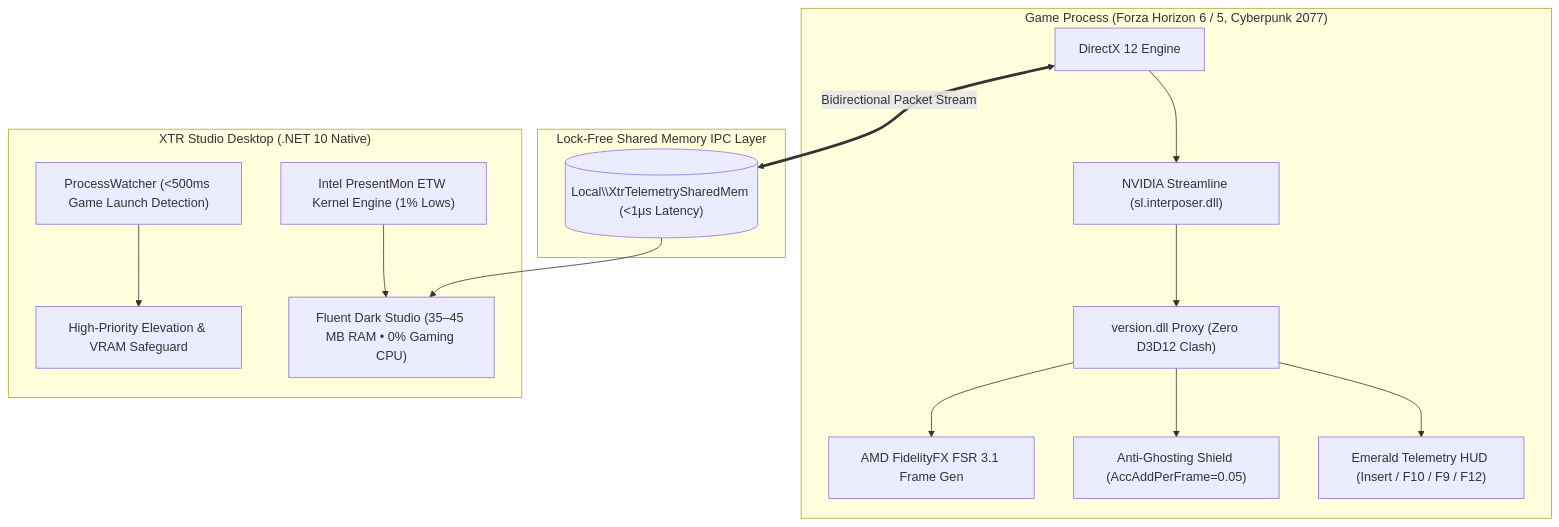
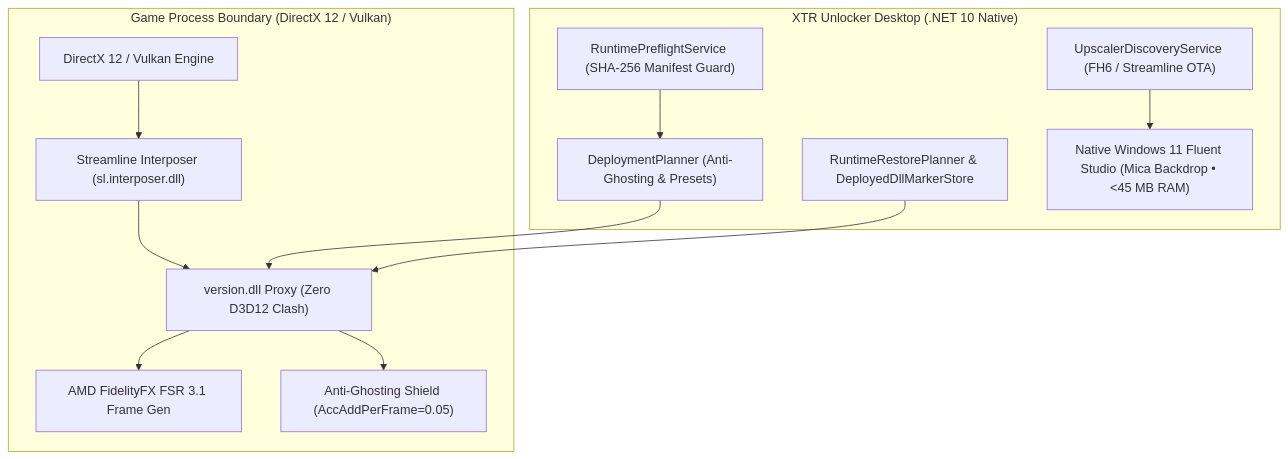
One commit to anmol150704/XTR-Unlocker changed the diagram in README.md. Above: the diagram before and after it, drawn with Mermaid. The commit also changed other lines of this file and 81 other files, not shown here.

First line of the commit message:
feat: complete native desktop overhaul, dynamic streamline discovery, and telemetry removal

````diff
--- a/README.md
+++ b/README.md
@@ -39,26 +50,22 @@
 ```mermaid
 flowchart TD
-    subgraph Game_Process ["Game Process (Forza Horizon 6 / 5, Cyberpunk 2077)"]
-        D3D12["DirectX 12 Engine"] --> SL["NVIDIA Streamline (sl.interposer.dll)"]
+    subgraph Game_Process ["Game Process Boundary (DirectX 12 / Vulkan)"]
+        D3D12["DirectX 12 / Vulkan Engine"] --> SL["Streamline Interposer (sl.interposer.dll)"]
         SL --> PROXY["version.dll Proxy (Zero D3D12 Clash)"]
         PROXY --> FSR_FG["AMD FidelityFX FSR 3.1 Frame Gen"]
         PROXY --> SHIELD["Anti-Ghosting Shield (AccAddPerFrame=0.05)"]
-        PROXY --> HUD["Emerald Telemetry HUD (Insert / F10 / F9 / F12)"]
     end
 
-    subgraph IPC_Bridge ["Lock-Free Shared Memory IPC Layer"]
-        SHM[("Local\\XtrTelemetrySharedMem (<1μs Latency)")]
+    subgraph Studio_App ["XTR Unlocker Desktop (.NET 10 Native)"]
+        DISCOVERY["UpscalerDiscoveryService (FH6 / Streamline OTA)"]
+        PLANNER["DeploymentPlanner (Anti-Ghosting & Presets)"]
+        RESTORE["RuntimeRestorePlanner & DeployedDllMarkerStore"]
+        PREFLIGHT["RuntimePreflightService (SHA-256 Manifest Guard)"]
+        UI["Native Windows 11 Fluent Studio (Mica Backdrop • <45 MB RAM)"]
     end
 
-    subgraph Studio_App ["XTR Studio Desktop (.NET 10 Native)"]
-        WATCHER["ProcessWatcher (<500ms Game Launch Detection)"]
-        ETW["Intel PresentMon ETW Kernel Engine (1% Lows)"]
-        BOOST["High-Priority Elevation & VRAM Safeguard"]
-        UI["Fluent Dark Studio (35–45 MB RAM • 0% Gaming CPU)"]
-    end
-
-    D3D12 <== "Bidirectional Packet Stream" ==> SHM
-    WATCHER --> BOOST
-    ETW --> UI
-    SHM --> UI
+    DISCOVERY --> UI
+    PLANNER --> PROXY
+    PREFLIGHT --> PLANNER
+    RESTORE --> PROXY
 ```
````
